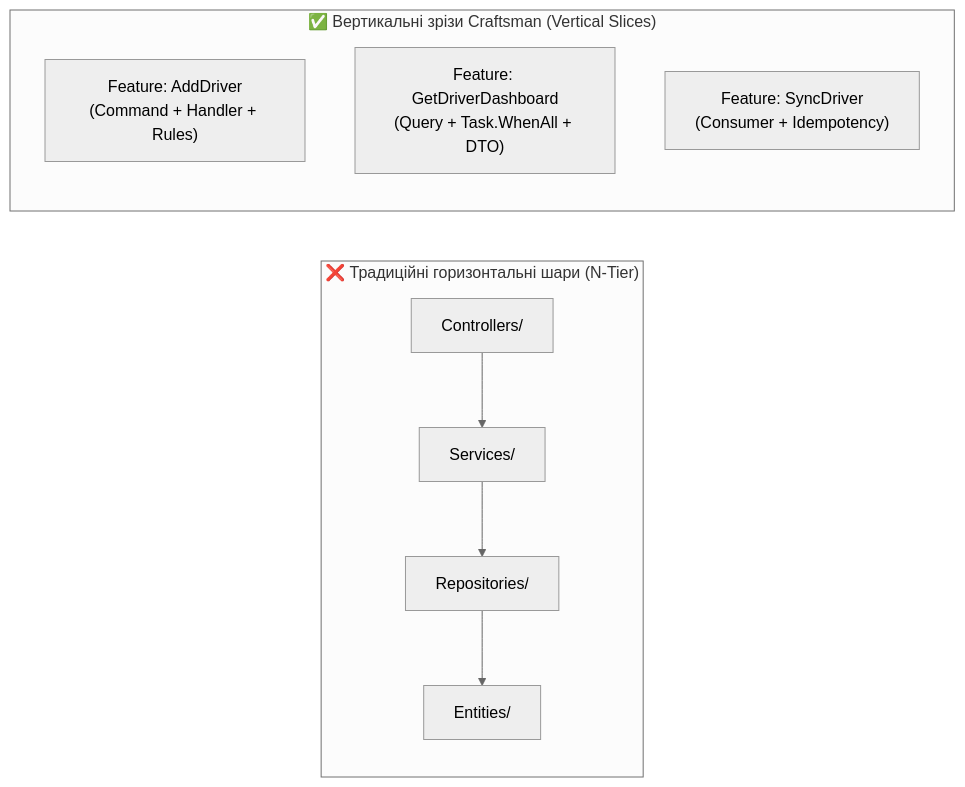
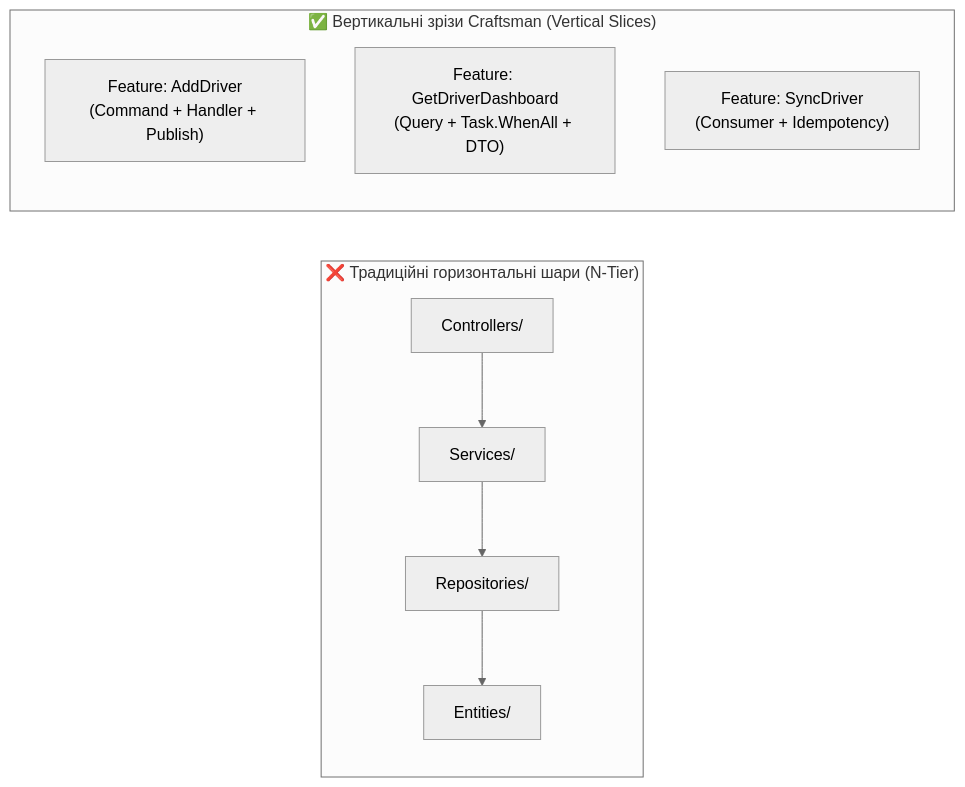
The third of 4 diagrams in 02-Microservices-Craftsman/02-02-Communication-Documentation/01_Patterns_Microservices_Clean_Architecture.md (MrTomkaYurii/Demo-CargoDeliveryService), drawn with Mermaid (neutral theme) before and after one commit. The commit also changed other lines of this file and 227 other files, not shown here.

````diff
--- a/02-Microservices-Craftsman/02-02-Communication-Documentation/01_Patterns_Microservices_Clean_Architecture.md
+++ b/02-Microservices-Craftsman/02-02-Communication-Documentation/01_Patterns_Microservices_Clean_Architecture.md
@@ -121,18 +179,18 @@
 ```mermaid
 flowchart LR
     subgraph Horizontal["❌ Традиційні горизонтальні шари (N-Tier)"]
         direction TB
         H_Ctrl["Controllers/"]
         H_Serv["Services/"]
         H_Repo["Repositories/"]
         H_Model["Entities/"]
         H_Ctrl --> H_Serv --> H_Repo --> H_Model
     end
 
     subgraph Vertical["✅ Вертикальні зрізи Craftsman (Vertical Slices)"]
         direction TB
-        V_Slice1["Feature: AddDriver<br/>(Command + Handler + Rules)"]
+        V_Slice1["Feature: AddDriver<br/>(Command + Handler + Publish)"]
         V_Slice2["Feature: GetDriverDashboard<br/>(Query + Task.WhenAll + DTO)"]
         V_Slice3["Feature: SyncDriver<br/>(Consumer + Idempotency)"]
     end
 ```
````
